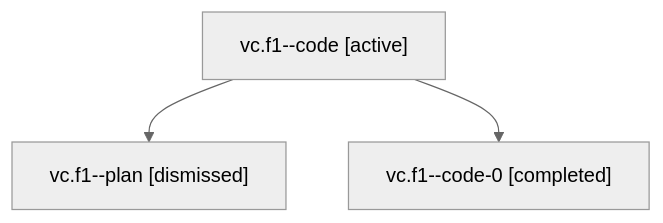
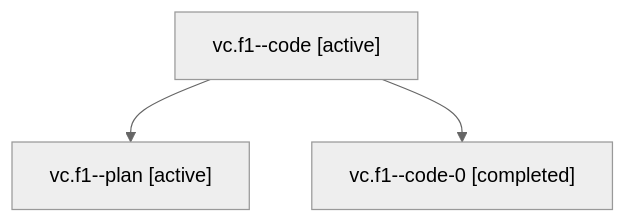
One commit to sase-org/sase--agents changed the diagram in families/bbugyi200.athena.vc.f1.md. Above: the diagram before and after it, drawn with Mermaid (neutral theme). The commit also changed other lines of this file and 35830 other files, not shown here.

````diff
--- a/families/bbugyi200.athena.vc.f1.md
+++ b/families/bbugyi200.athena.vc.f1.md
@@ -9,8 +9,8 @@
 ```mermaid
 flowchart TD
   n0["vc.f1--code [active]"]
-  n1["vc.f1--plan [dismissed]"]
+  n1["vc.f1--plan [active]"]
   n0 --> n1
   n2["vc.f1--code-0 [completed]"]
   n0 --> n2
 ```
````
